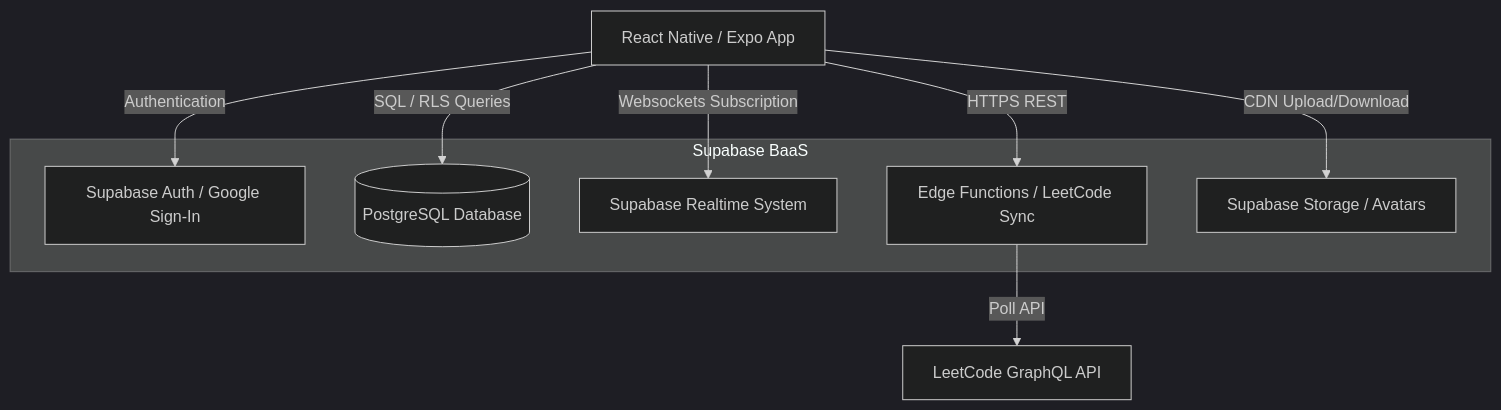
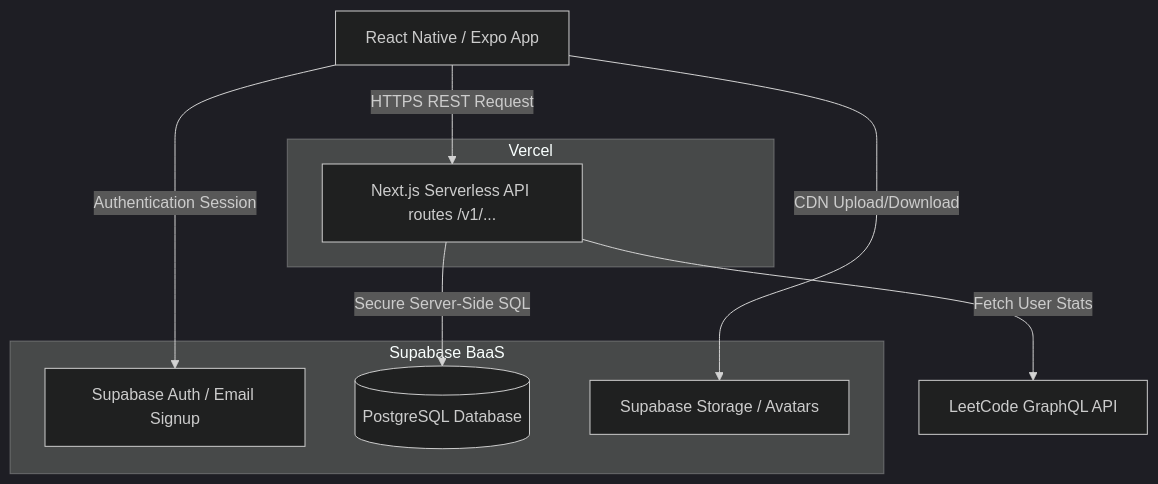
One commit to iteshxt/bloom-app changed the first of 2 diagrams in docs/TECHNICAL_DESIGN.md. Above: the diagram before and after it, drawn with Mermaid (dark theme). The commit also changed other lines of this file and 40 other files, not shown here.

````diff
--- a/docs/TECHNICAL_DESIGN.md
+++ b/docs/TECHNICAL_DESIGN.md
@@ -13,18 +14,18 @@
 ```mermaid
 graph TD
     Client[React Native / Expo App]
+    subgraph Vercel
+        API[Next.js Serverless API routes /v1/...]
+    end
     subgraph Supabase BaaS
-        Auth[Supabase Auth / Google Sign-In]
+        Auth[Supabase Auth / Email Signup]
         DB[(PostgreSQL Database)]
-        Realtime[Supabase Realtime System]
-        Edge[Edge Functions / LeetCode Sync]
         Storage[Supabase Storage / Avatars]
     end
 
-    Client -->|Authentication| Auth
-    Client -->|SQL / RLS Queries| DB
-    Client -->|Websockets Subscription| Realtime
-    Client -->|HTTPS REST| Edge
+    Client -->|HTTPS REST Request| API
+    Client -->|Authentication Session| Auth
+    API -->|Secure Server-Side SQL| DB
     Client -->|CDN Upload/Download| Storage
-    Edge -->|Poll API| LeetCode[LeetCode GraphQL API]
+    API -->|Fetch User Stats| LeetCode[LeetCode GraphQL API]
 ```
````
